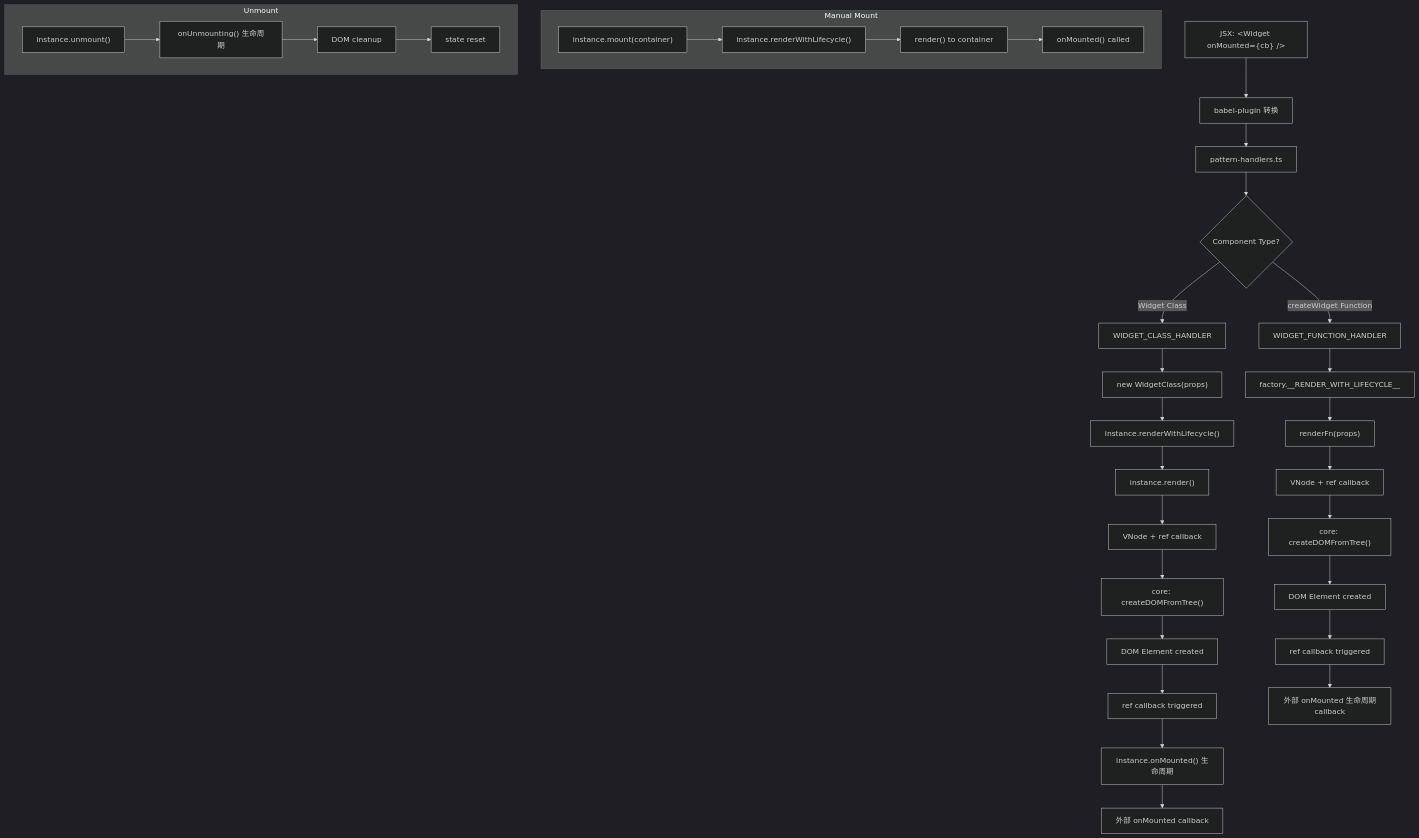
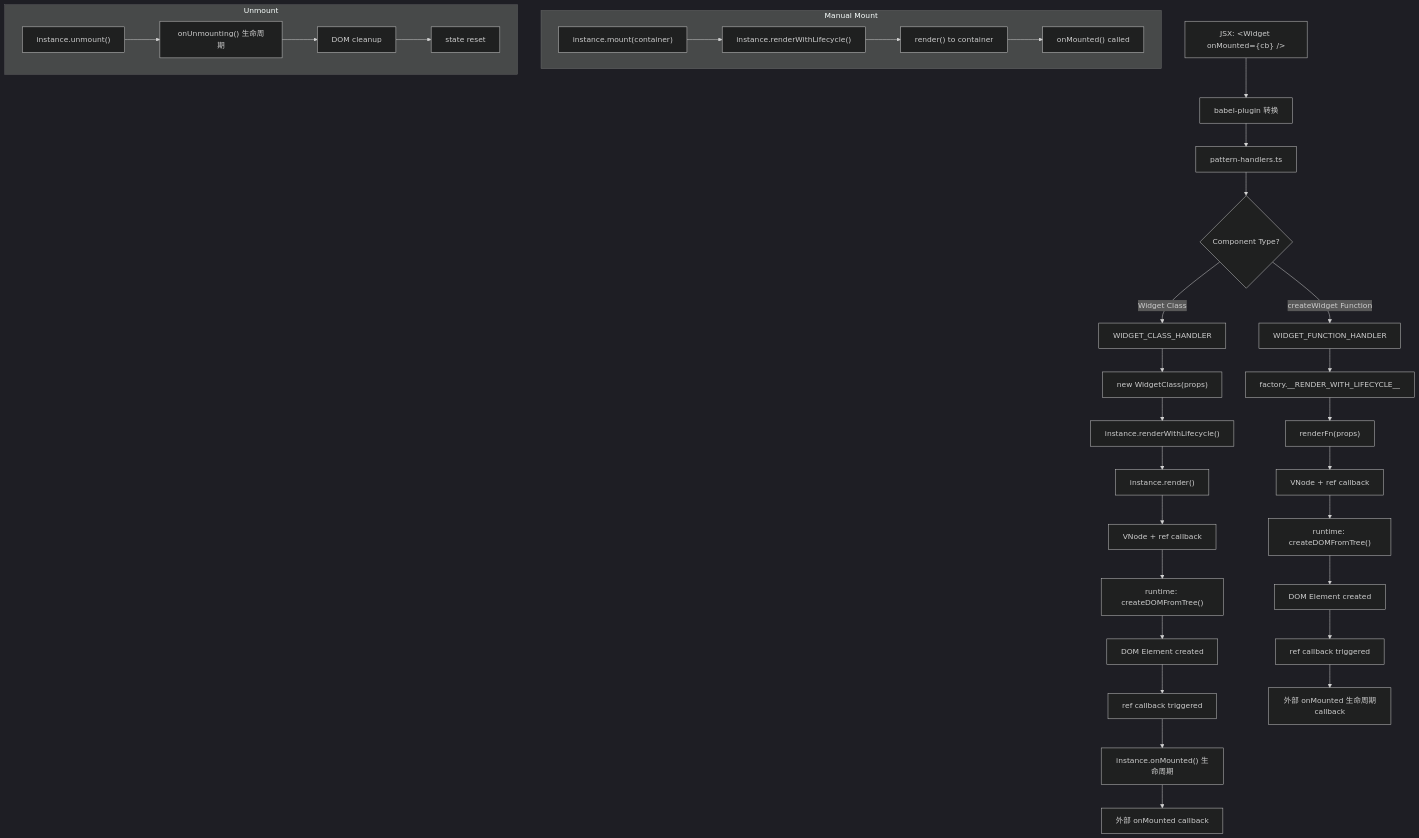
The diagram in packages/widget/LIFECYCLE.md (fukict/fukict), drawn with Mermaid (dark theme) before and after one commit. The commit also changed other lines of this file and 69 other files, not shown here.

Commit message:
refactory: rename core -> runtime

````diff
--- a/packages/widget/LIFECYCLE.md
+++ b/packages/widget/LIFECYCLE.md
@@ -5,38 +5,38 @@
 ```mermaid
 graph TD
     A["JSX: &lt;Widget onMounted={cb} /&gt;"] --> B["babel-plugin 转换"]
     B --> C["pattern-handlers.ts"]
     C --> D{"Component Type?"}
 
     D -->|"Widget Class"| E["WIDGET_CLASS_HANDLER"]
     E --> F["new WidgetClass(props)"]
     F --> G["instance.renderWithLifecycle()"]
     G --> H["instance.render()"]
     H --> I["VNode + ref callback"]
-    I --> J["core: createDOMFromTree()"]
+    I --> J["runtime: createDOMFromTree()"]
     J --> K["DOM Element created"]
     K --> L["ref callback triggered"]
     L --> M["instance.onMounted() 生命周期"]
     M --> N["外部 onMounted callback"]
 
     D -->|"createWidget Function"| O["WIDGET_FUNCTION_HANDLER"]
     O --> P["factory.__RENDER_WITH_LIFECYCLE__"]
     P --> Q["renderFn(props)"]
     Q --> R["VNode + ref callback"]
-    R --> S["core: createDOMFromTree()"]
+    R --> S["runtime: createDOMFromTree()"]
     S --> T["DOM Element created"]
     T --> U["ref callback triggered"]
     U --> V["外部 onMounted 生命周期callback"]
 
     subgraph "Manual Mount"
     W["instance.mount(container)"] --> X["instance.renderWithLifecycle()"]
     X --> Y["render() to container"]
     Y --> Z["onMounted() called"]
     end
 
     subgraph "Unmount"
     AA["instance.unmount()"] --> BB["onUnmounting() 生命周期"]
     BB --> CC["DOM cleanup"]
     CC --> DD["state reset"]
     end
 ```
````
